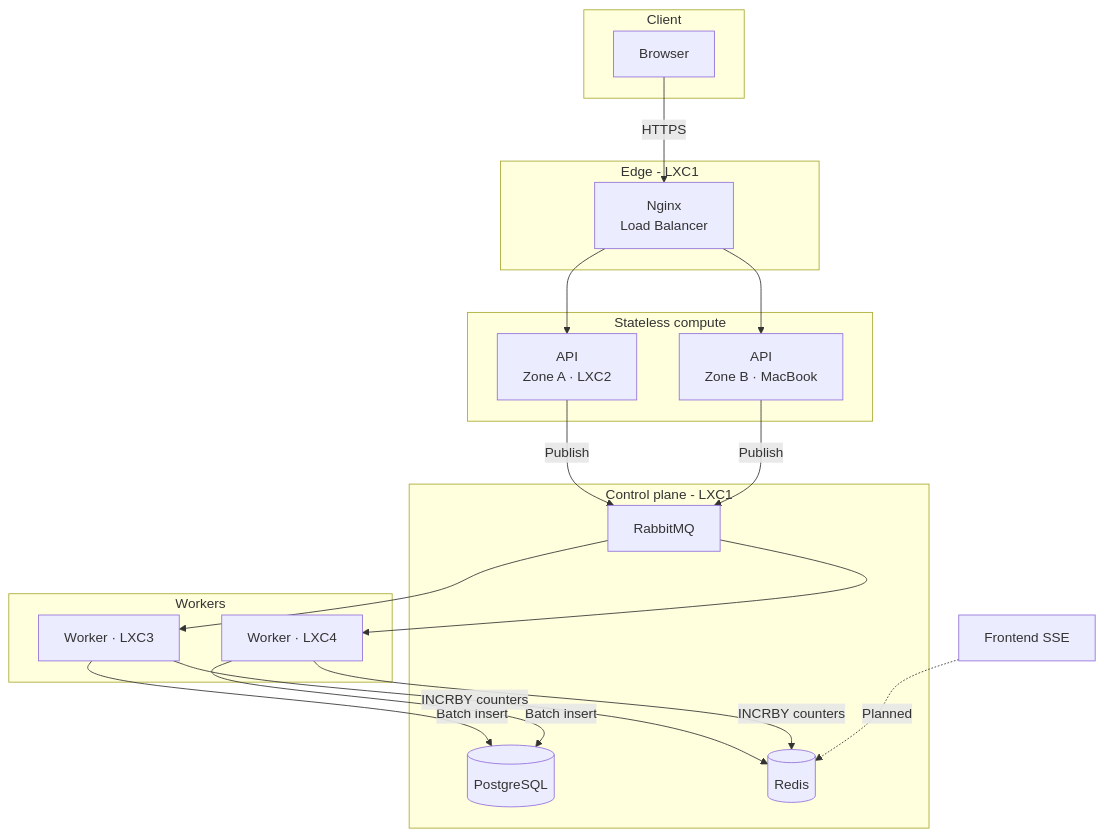
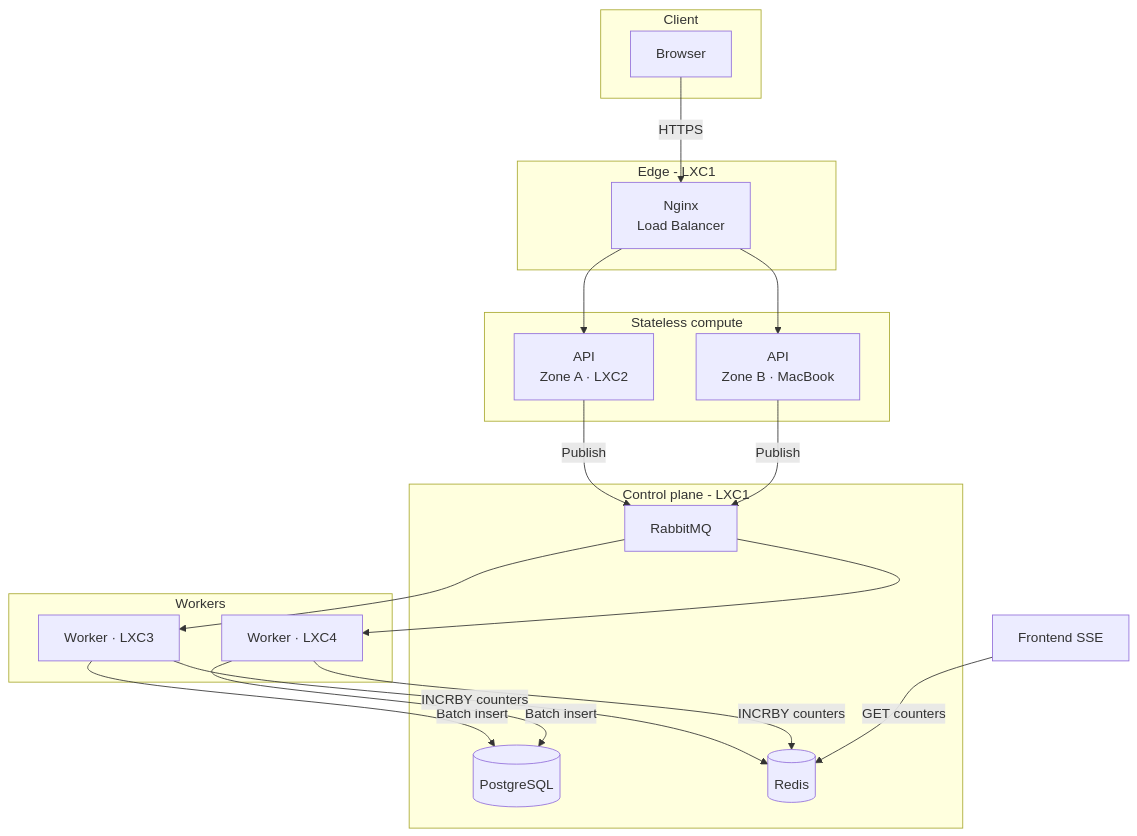
The first of 5 diagrams in README.md (ahamedzoha/tabs-vs-spaces), drawn with Mermaid before and after one commit. The commit also changed other lines of this file and 26 other files, not shown here.

Commit message:
Enhance Docker Compose with frontend service, add health checks for API, and update README with implementation details for frontend and Redis integration

````diff
--- a/README.md
+++ b/README.md
@@ -93,39 +92,39 @@
 ```mermaid
 flowchart TB
     subgraph client["Client"]
         Browser["Browser"]
     end
 
     subgraph edge["Edge - LXC1"]
         Nginx["Nginx<br/>Load Balancer"]
     end
 
     subgraph compute["Stateless compute"]
         API_A["API<br/>Zone A · LXC2"]
         API_B["API<br/>Zone B · MacBook"]
     end
 
     subgraph control["Control plane - LXC1"]
         RMQ["RabbitMQ"]
         PG[("PostgreSQL")]
         Redis[("Redis")]
     end
 
     subgraph workers["Workers"]
         W1["Worker · LXC3"]
         W2["Worker · LXC4"]
     end
 
     Browser -->|HTTPS| Nginx
     Nginx --> API_A
     Nginx --> API_B
     API_A -->|Publish| RMQ
     API_B -->|Publish| RMQ
     RMQ --> W1
     RMQ --> W2
     W1 -->|Batch insert| PG
     W2 -->|Batch insert| PG
     W1 -->|INCRBY counters| Redis
     W2 -->|INCRBY counters| Redis
-    SSE["Frontend SSE"] -.->|Planned| Redis
+    SSE["Frontend SSE"] -->|GET counters| Redis
 ```
````
